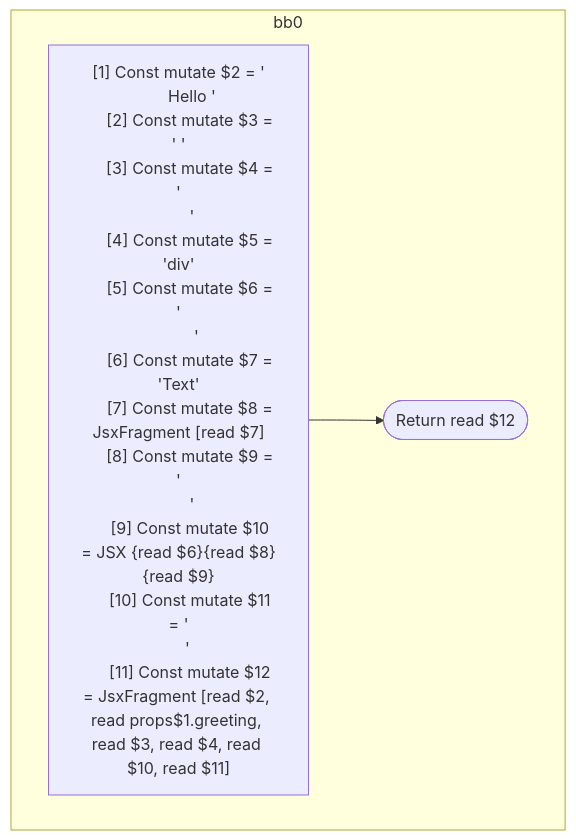
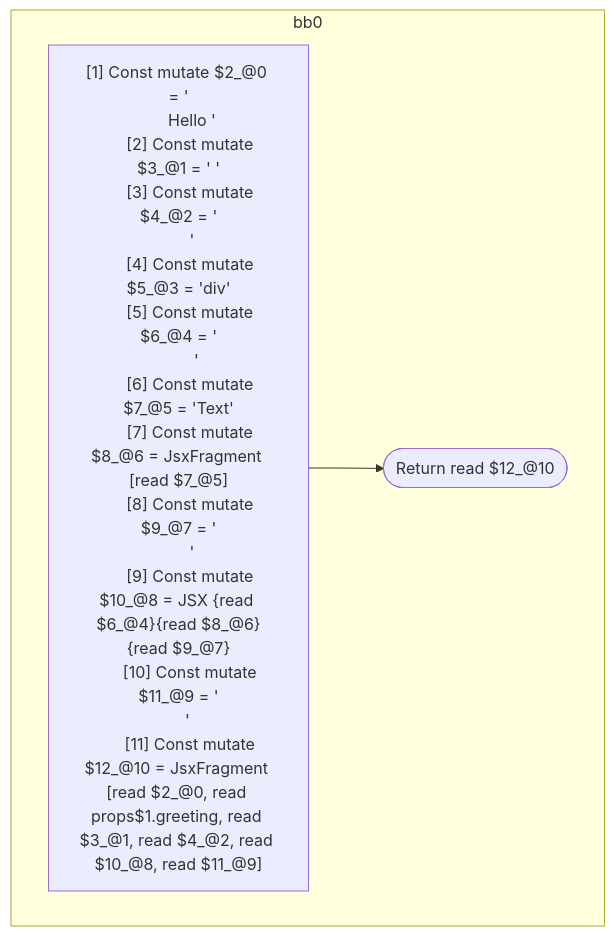
Before and after one commit to wutsmog/private: the diagram in compiler/forget/src/__tests__/fixtures/hir/jsx-fragment.expect.md, drawn with Mermaid. The commit also changed other lines of this file and 60 other files, not shown here.

````diff
--- a/compiler/forget/src/__tests__/fixtures/hir/jsx-fragment.expect.md
+++ b/compiler/forget/src/__tests__/fixtures/hir/jsx-fragment.expect.md
@@ -38,23 +38,23 @@
 ```mermaid
 flowchart TB
   %% Basic Blocks
   subgraph bb0
     bb0_instrs["
-      [1] Const mutate $2 = '\n      Hello '
-      [2] Const mutate $3 = ' '
-      [3] Const mutate $4 = '\n      '
-      [4] Const mutate $5 = 'div'
-      [5] Const mutate $6 = '\n        '
-      [6] Const mutate $7 = 'Text'
-      [7] Const mutate $8 = JsxFragment [read $7]
-      [8] Const mutate $9 = '\n      '
-      [9] Const mutate $10 = JSX <read $5>{read $6}{read $8}{read $9}</read $5>
-      [10] Const mutate $11 = '\n    '
-      [11] Const mutate $12 = JsxFragment [read $2, read props$1.greeting, read $3, read $4, read $10, read $11]
+      [1] Const mutate $2_@0 = '\n      Hello '
+      [2] Const mutate $3_@1 = ' '
+      [3] Const mutate $4_@2 = '\n      '
+      [4] Const mutate $5_@3 = 'div'
+      [5] Const mutate $6_@4 = '\n        '
+      [6] Const mutate $7_@5 = 'Text'
+      [7] Const mutate $8_@6 = JsxFragment [read $7_@5]
+      [8] Const mutate $9_@7 = '\n      '
+      [9] Const mutate $10_@8 = JSX <read $5_@3>{read $6_@4}{read $8_@6}{read $9_@7}</read $5_@3>
+      [10] Const mutate $11_@9 = '\n    '
+      [11] Const mutate $12_@10 = JsxFragment [read $2_@0, read props$1.greeting, read $3_@1, read $4_@2, read $10_@8, read $11_@9]
     "]
-    bb0_instrs --> bb0_terminal(["Return read $12"])
+    bb0_instrs --> bb0_terminal(["Return read $12_@10"])
   end
 
   %% Jumps
   %% empty
 ```
````
